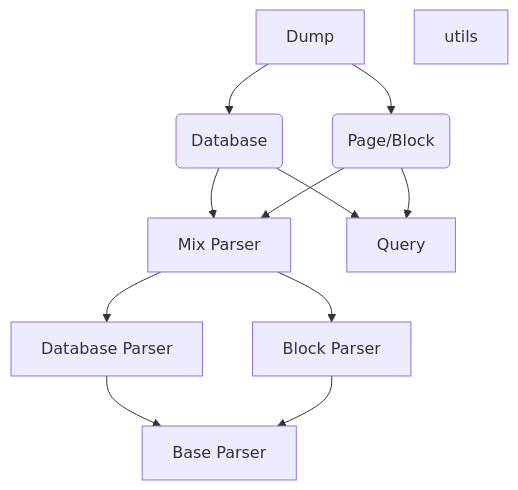
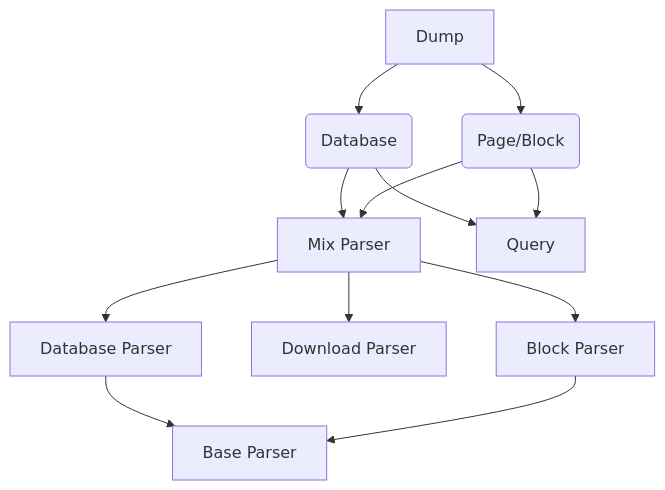
One commit to delta1037/notion-export-kernel changed the diagram in README.md. Above: the diagram before and after it, drawn with Mermaid. The commit also changed other lines of this file and 3 other files, not shown here.

Commit message:
更新README和架构图

````diff
--- a/README.md
+++ b/README.md
@@ -34,18 +34,17 @@
 ```mermaid
 graph TD
     A[Dump] -->B(Database)
     A[Dump] -->C(Page/Block)
     B --> D[Mix Parser]
     C --> D[Mix Parser]
 
     D --> E[Database Parser]
+    D --> I[Download Parser]
     D --> F[Block Parser]
-
+    
     E --> G[Base Parser]
     F --> G[Base Parser]
 
     B --> H[Query]
     C --> H[Query]
-    
-    J[utils]
 ```
````
